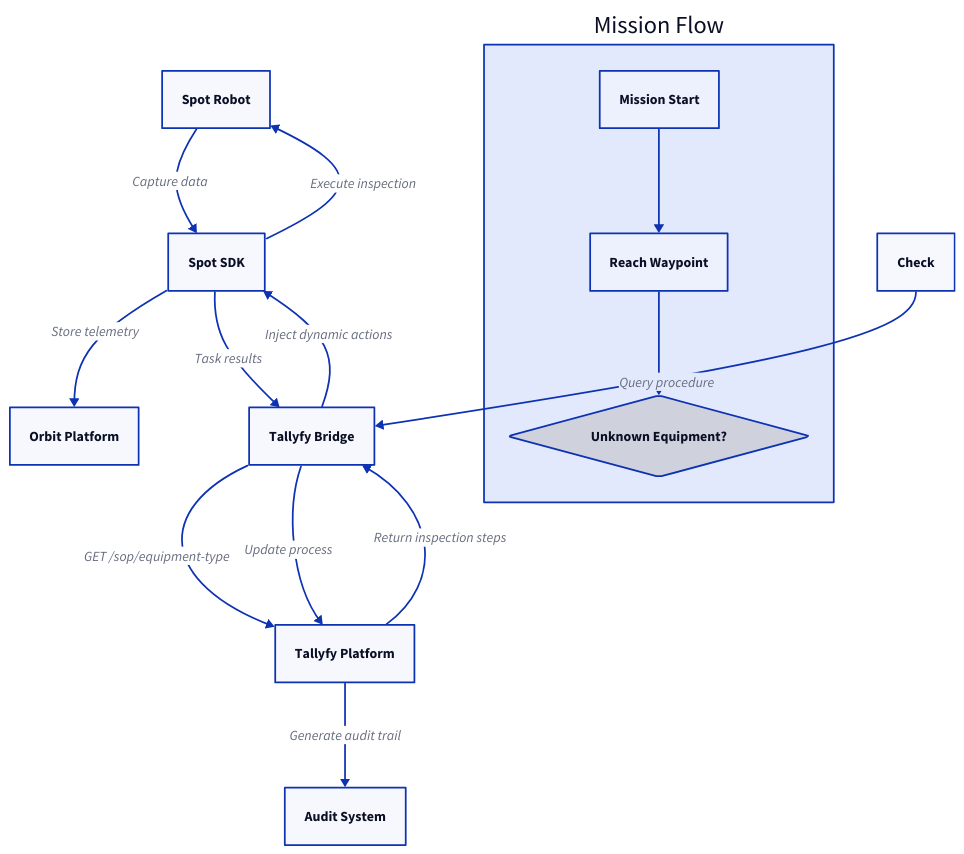
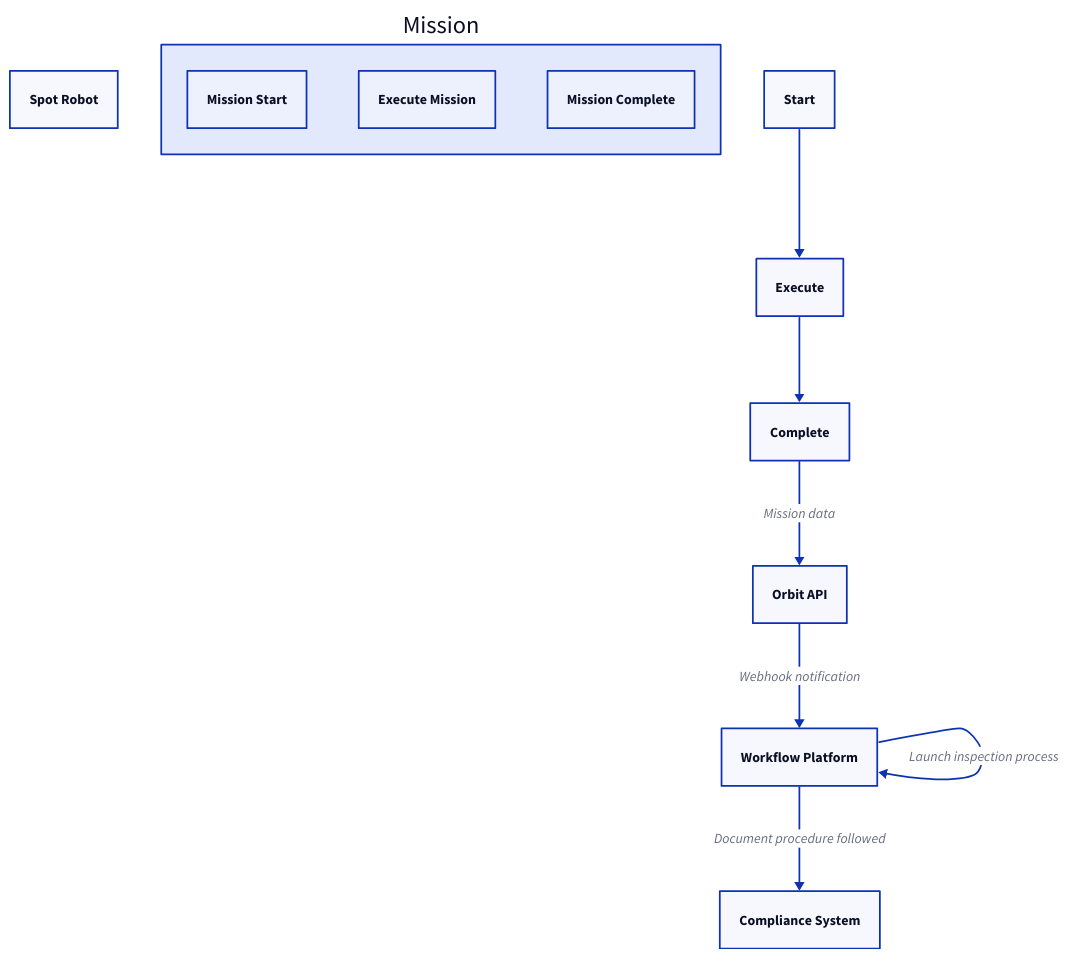
One commit to tallyfy/documentation changed the diagram in src/content/docs/pro/integrations/robotics/boston-dynamics.mdx. Above: the diagram before and after it, drawn with D2. The commit also changed other lines of this file and 10 other files, not shown here.

````diff
--- a/src/content/docs/pro/integrations/robotics/boston-dynamics.mdx
+++ b/src/content/docs/pro/integrations/robotics/boston-dynamics.mdx
@@ -187,31 +127,19 @@
 ```d2
 Spot Robot: Spot Robot
-SDK Layer: Spot SDK
-Orbit: Orbit Platform
-Middleware: Tallyfy Bridge
-Tallyfy: Tallyfy Platform
-Compliance: Audit System
+Orbit API: Orbit API
+Workflow System: Workflow Platform
+Compliance: Compliance System
 
-Mission Flow: {
+Mission: {
   Start: Mission Start
-  Waypoint: Reach Waypoint
-  Check: Unknown Equipment? {
-    shape: diamond
-  }
-  
-  Start -> Waypoint
-  Waypoint -> Check
+  Execute: Execute Mission
+  Complete: Mission Complete
 }
 
-Check -> Middleware: Query procedure
-Middleware -> Tallyfy: GET /sop/equipment-type
-Tallyfy -> Middleware: Return inspection steps
-Middleware -> SDK Layer: Inject dynamic actions
-SDK Layer -> Spot Robot: Execute inspection
-
-Spot Robot -> SDK Layer: Capture data
-SDK Layer -> Orbit: Store telemetry
-SDK Layer -> Middleware: Task results
-Middleware -> Tallyfy: Update process
-Tallyfy -> Compliance: Generate audit trail
+Start -> Execute
+Execute -> Complete
+Complete -> Orbit API: Mission data
+Orbit API -> Workflow System: Webhook notification
+Workflow System -> Workflow System: Launch inspection process
+Workflow System -> Compliance: Document procedure followed
 ```
````
